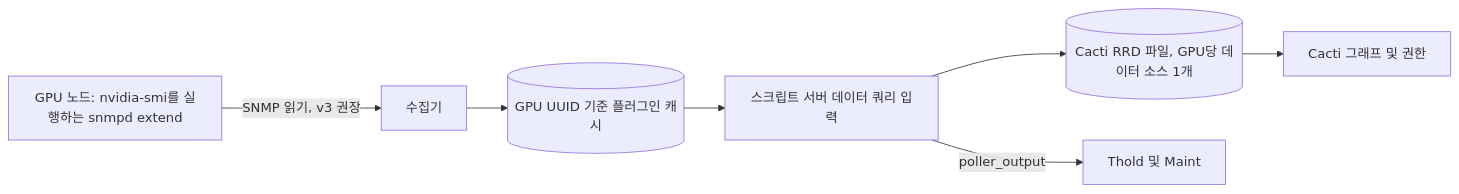
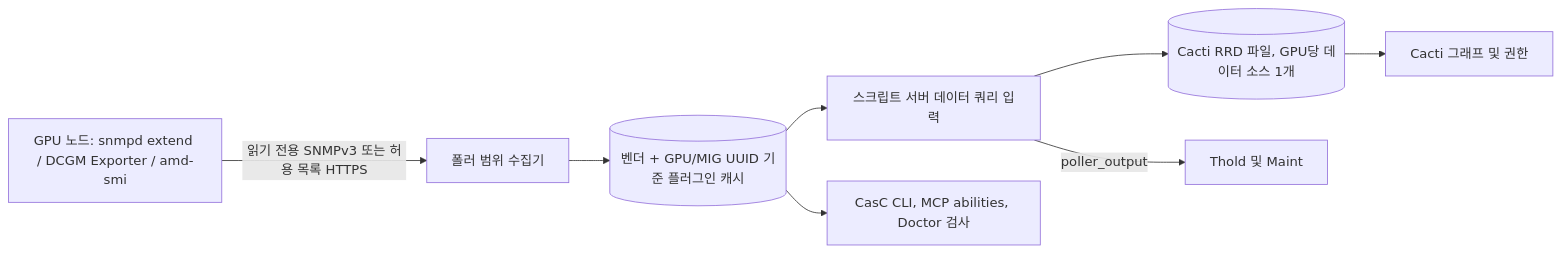
One commit to somethingwithproof/plugin_gpu changed the diagram in docs/i18n/ko-KR/README.md. Above: the diagram before and after it, drawn with Mermaid. The commit also changed other lines of this file and 47 other files, not shown here.

````diff
--- a/docs/i18n/ko-KR/README.md
+++ b/docs/i18n/ko-KR/README.md
@@ -106,9 +106,10 @@
 ```mermaid
 flowchart LR
-    NODE[GPU 노드: nvidia-smi를 실행하는 snmpd extend] -->|SNMP 읽기, v3 권장| C[수집기]
-    C --> CACHE[(GPU UUID 기준 플러그인 캐시)]
+    NODE["GPU 노드: snmpd extend / DCGM Exporter / amd-smi"] -->|읽기 전용 SNMPv3 또는 허용 목록 HTTPS| C[폴러 범위 수집기]
+    C --> CACHE[(벤더 + GPU/MIG UUID 기준 플러그인 캐시)]
     CACHE --> SS[스크립트 서버 데이터 쿼리 입력]
+    CACHE --> ECO[CasC CLI, MCP abilities, Doctor 검사]
     SS --> RRD[(Cacti RRD 파일, GPU당 데이터 소스 1개)]
     SS -->|poller_output| T[Thold 및 Maint]
     RRD --> G[Cacti 그래프 및 권한]
 ```
````
